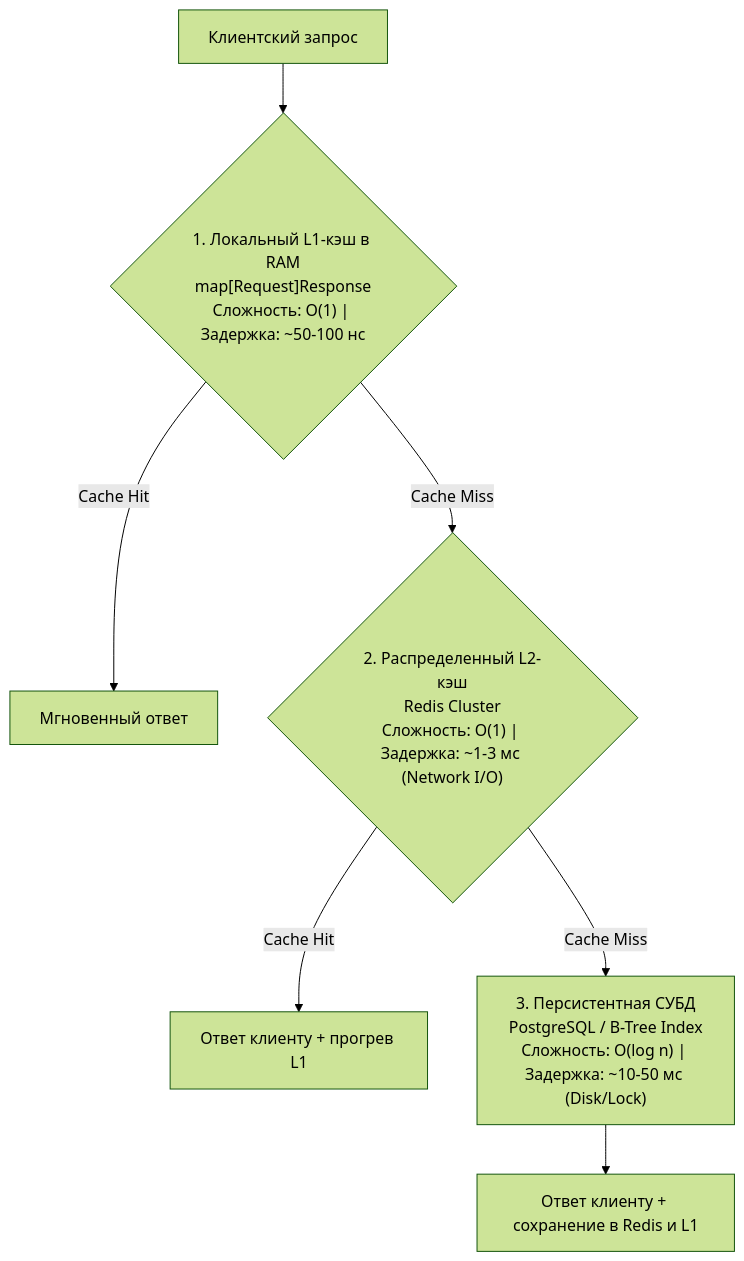
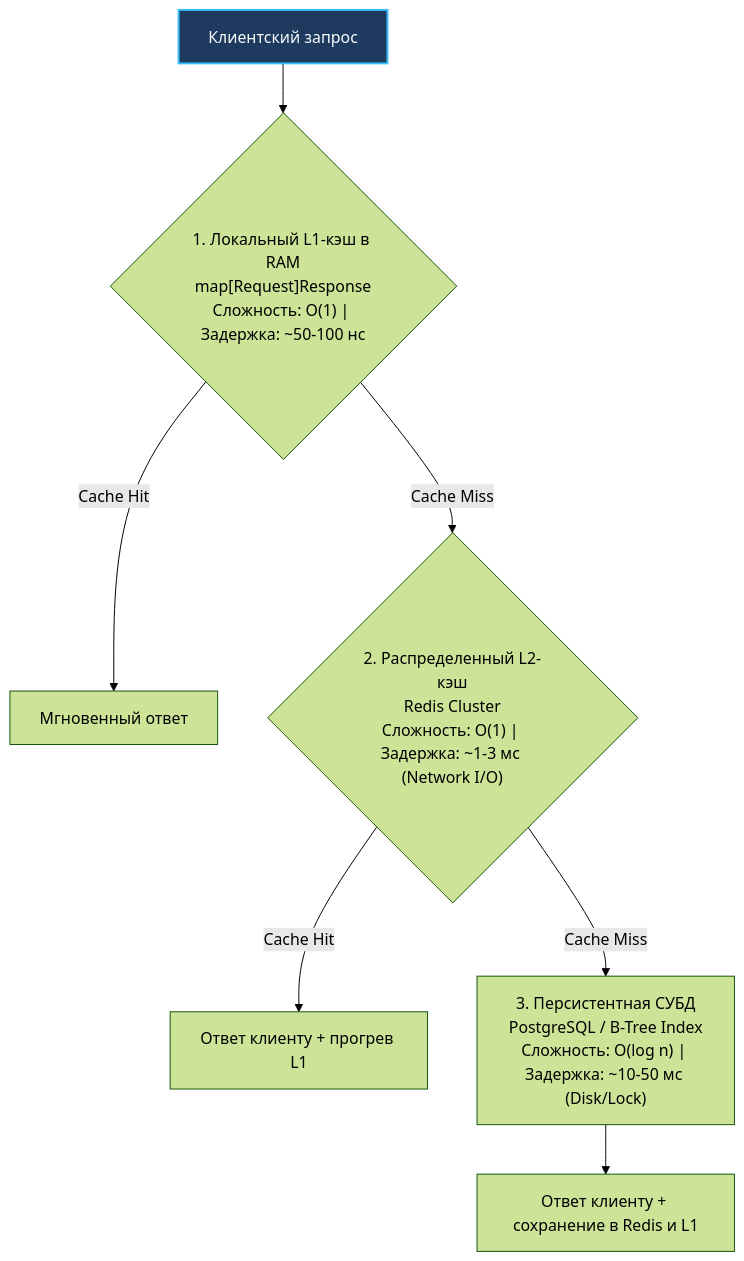
The second of 2 diagrams in sources/20. Алгоритмы и структуры данных (DSA) на Go/01. Введение/2. Асимптотическая сложность. Big O, Big Theta, Big Omega.md (UnrealTemplier/go-textbook), drawn with Mermaid (forest theme) before and after one commit. The commit also changed other lines of this file and 1666 other files, not shown here.

First line of the commit message:
feat(mermaid): add semantic color classDef to 1369 colorless flowchart/graph diagrams

````diff
--- a/sources/20. Алгоритмы и структуры данных (DSA) на Go/01. Введение/2. Асимптотическая сложность. Big O, Big Theta, Big Omega.md
+++ b/sources/20. Алгоритмы и структуры данных (DSA) на Go/01. Введение/2. Асимптотическая сложность. Big O, Big Theta, Big Omega.md
@@ -276,12 +286,22 @@
 ```mermaid
 flowchart TD
-    Client["Клиентский запрос"] --> Local{"1. Локальный L1-кэш в RAM<br>map[Request]Response<br>Сложность: O(1) | Задержка: ~50-100 нс"}
+    classDef process  fill:#1e293b,stroke:#38bdf8,stroke-width:1px,color:#f8fafc
+    classDef success  fill:#064e3b,stroke:#34d399,stroke-width:1px,color:#f8fafc
+    classDef error    fill:#7f1d1d,stroke:#f87171,stroke-width:1px,color:#f8fafc
+    classDef warning  fill:#78350f,stroke:#fbbf24,stroke-width:1px,color:#f8fafc
+    classDef entry    fill:#1e3a5f,stroke:#38bdf8,stroke-width:2px,color:#f8fafc
+    classDef aux      fill:#334155,stroke:#64748b,stroke-width:1px,color:#f8fafc
+    classDef system   fill:#312e81,stroke:#a78bfa,stroke-width:1px,color:#f8fafc
+    classDef data     fill:#132d29,stroke:#2dd4bf,stroke-width:1px,color:#f8fafc
+    classDef network  fill:#881337,stroke:#fb7185,stroke-width:1px,color:#f8fafc
+    classDef accent   fill:#1e1b4b,stroke:#818cf8,stroke-width:1px,color:#f8fafc
+    Client["Клиентский запрос"]:::entry --> Local{"1. Локальный L1-кэш в RAM<br>map[Request]Response<br>Сложность: O(1) | Задержка: ~50-100 нс"}
     
     Local -->|"Cache Hit"| RetL1["Мгновенный ответ"]
     Local -->|"Cache Miss"| Redis{"2. Распределенный L2-кэш<br>Redis Cluster<br>Сложность: O(1) | Задержка: ~1-3 мс (Network I/O)"}
     
     Redis -->|"Cache Hit"| RetRedis["Ответ клиенту + прогрев L1"]
     Redis -->|"Cache Miss"| DB["3. Персистентная СУБД<br>PostgreSQL / B-Tree Index<br>Сложность: O(log n) | Задержка: ~10-50 мс (Disk/Lock)"]
     
     DB --> RetDB["Ответ клиенту + сохранение в Redis и L1"]
 ```
````
